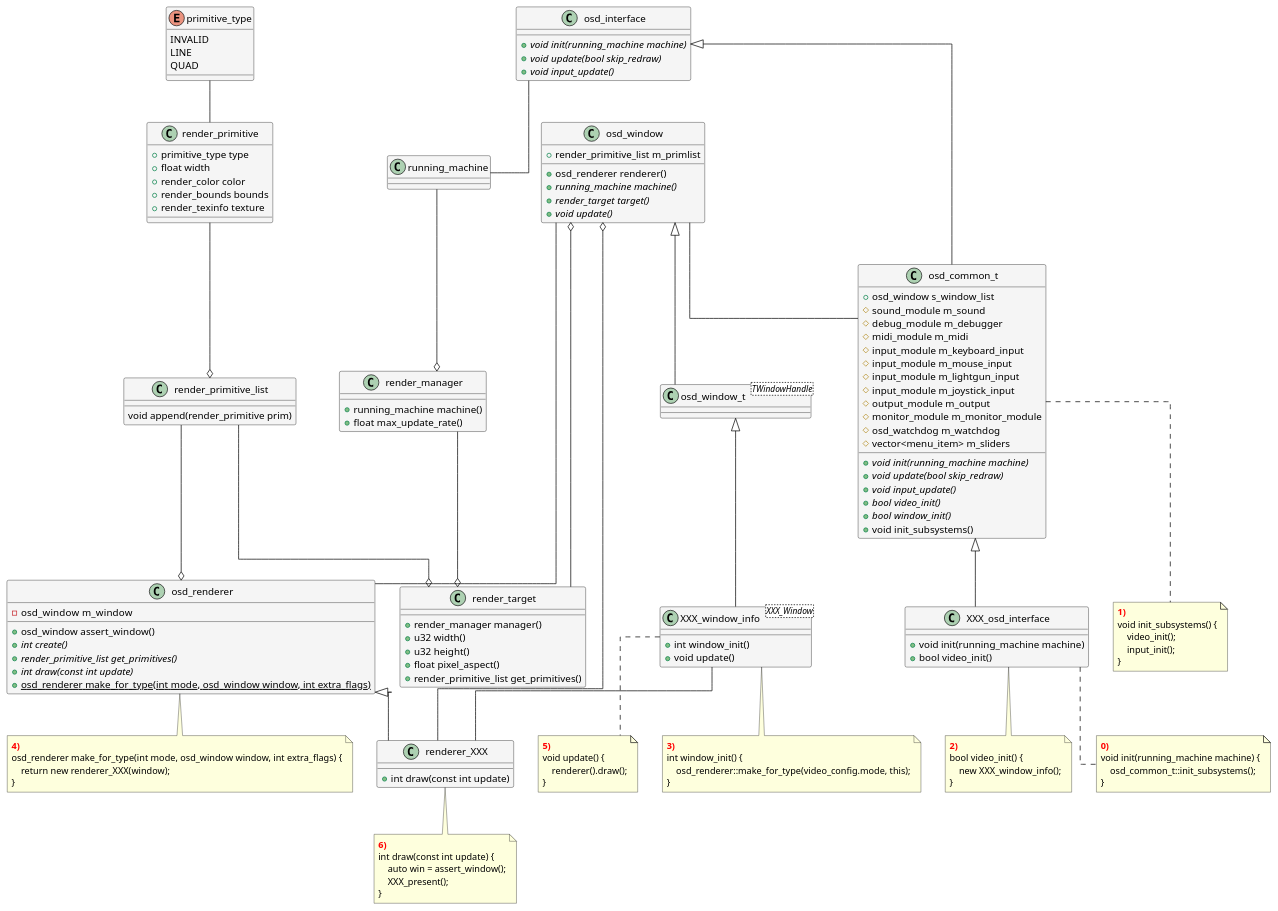
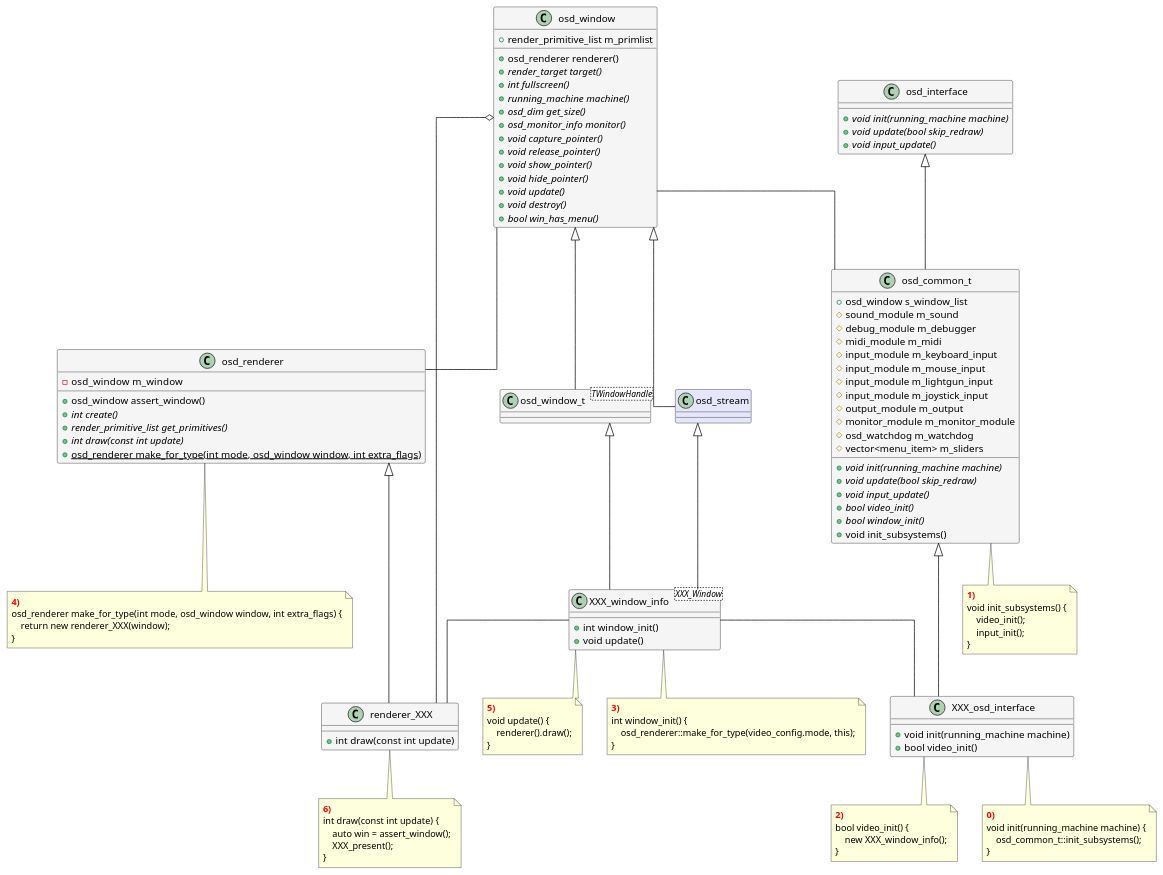
The diagram in Streaming/mame.puml (mikymaione/MAMEStreamingPlatform), drawn with PlantUML before and after one commit.

Commit message:
probabile impl

```diff
--- a/Streaming/mame.puml
+++ b/Streaming/mame.puml
@@ -1,196 +1,164 @@
 @startuml mame
 
 page 2x1
 
 skinparam linetype ortho
 skinparam ArrowColor black
 skinparam shadowing false
 
 skinparam class {
     BackgroundColor WhiteSmoke
     BorderColor black
 }
 
 skinparam package {
     BackgroundColor Linen
 }
 
 set namespaceSeparator ::
 
-enum primitive_type
-{
-    INVALID
-    LINE
-    QUAD
-}
-
-class render_manager {
-    +running_machine machine()
-    +float max_update_rate()
-}
-
-running_machine --o render_manager
-
 class osd_renderer {
     -osd_window  m_window
     +osd_window assert_window()
     {abstract} +int create()
     {abstract} +render_primitive_list get_primitives()
     {abstract} +int draw(const int update)
     {static} +osd_renderer make_for_type(int mode, osd_window window, int extra_flags)
 }
 
 note as note_osd_renderer_make_for_type
 <b><color:Red>4)</color></b>
 osd_renderer make_for_type(int mode, osd_window window, int extra_flags) {
     return new renderer_XXX(window);
 }
 end note
 
-render_primitive_list --o osd_renderer
-render_primitive --o render_primitive_list
-primitive_type -- render_primitive
-
-class render_primitive {
-    +primitive_type type
-    +float width
-    +render_color color
-    +render_bounds bounds
-    +render_texinfo texture
-}
-
-class render_primitive_list {
-    void append(render_primitive prim)
-}
-
 class renderer_XXX extends osd_renderer {
     +int draw(const int update)
 }
 
 note as note_renderer_XXX
 <b><color:Red>6)</color></b>
 int draw(const int update) {
     auto win = assert_window();
     XXX_present();
 }
 end note
 
 osd_window o-- renderer_XXX
-osd_window o-- render_target
 osd_window -- osd_renderer
 
 class osd_window_t<TWindowHandle> extends osd_window
 
 XXX_window_info -- renderer_XXX
 
 class osd_window {    
     +render_primitive_list m_primlist
-    +osd_renderer renderer()
+    +osd_renderer renderer()        
+    {abstract} +render_target target()
+    {abstract} +int fullscreen()
     {abstract} +running_machine machine()
-    {abstract} +render_target target()
+    {abstract} +osd_dim get_size()
+    {abstract} +osd_monitor_info monitor()
+    {abstract} +void capture_pointer()
+    {abstract} +void release_pointer()
+    {abstract} +void show_pointer()
+    {abstract} +void hide_pointer()
     {abstract} +void update()
+    {abstract} +void destroy()
+    {abstract} +bool win_has_menu()
 }
 
-render_manager --o render_target
-render_primitive_list --o render_target
+osd_stream <|-- XXX_window_info
 
-class render_target
-{
-    +render_manager manager()
-    +u32 width()
-    +u32 height()
-    +float pixel_aspect()
-    +render_primitive_list get_primitives()
-}
+class osd_stream #Lavender extends osd_window
 
 class XXX_window_info<XXX_Window> {    
     +int window_init()
     +void update()
 }
 
 osd_window_t <|-- XXX_window_info
 osd_common_t <|-- XXX_osd_interface
+XXX_window_info -- XXX_osd_interface
 
 class XXX_osd_interface {
     +void init(running_machine machine)
     +bool video_init()
 }
 
 note as note_5_XXX_window_info
 <b><color:Red>5)</color></b>
 void update() {
     renderer().draw();
 }
 end note
 
 note as note_4_XXX_window_info
 <b><color:Red>3)</color></b>
 int window_init() {
     osd_renderer::make_for_type(video_config.mode, this);
 }
 end note
 
 note as note_2_XXX_osd_interface
 <b><color:Red>2)</color></b>
 bool video_init() {
     new XXX_window_info();
 }
 end note
 
 osd_window -- osd_common_t
-
-osd_interface -- running_machine
-
 osd_interface <|-- osd_common_t
 
 class osd_interface {
 	{abstract} +void init(running_machine machine)
 	{abstract} +void update(bool skip_redraw)
 	{abstract} +void input_update()
 }
 
 class osd_common_t {
     +osd_window s_window_list
     #sound_module m_sound
     #debug_module m_debugger
     #midi_module m_midi
     #input_module m_keyboard_input
     #input_module m_mouse_input
     #input_module m_lightgun_input
     #input_module m_joystick_input
     #output_module m_output
     #monitor_module m_monitor_module
     #osd_watchdog m_watchdog
     #vector<menu_item> m_sliders
     {abstract} + void init(running_machine machine)
     {abstract} + void update(bool skip_redraw)
     {abstract} + void input_update()
     {abstract} +bool video_init()
     {abstract} +bool window_init()
     +void init_subsystems()
 }
 
 note as note_osd_common_t_init_subsystems
 <b><color:Red>1)</color></b>
 void init_subsystems() {
     video_init();
     input_init();
 }
 end note
 
 note as note_XXX_osd_interface_init
 <b><color:Red>0)</color></b>
 void init(running_machine machine) {
     osd_common_t::init_subsystems();
 }
 end note
 
 osd_renderer .. note_osd_renderer_make_for_type
 osd_common_t .. note_osd_common_t_init_subsystems
 renderer_XXX .. note_renderer_XXX
 XXX_osd_interface .. note_2_XXX_osd_interface
 XXX_osd_interface .. note_XXX_osd_interface_init
 XXX_window_info .. note_4_XXX_window_info
 XXX_window_info .. note_5_XXX_window_info
 
 @enduml
```
